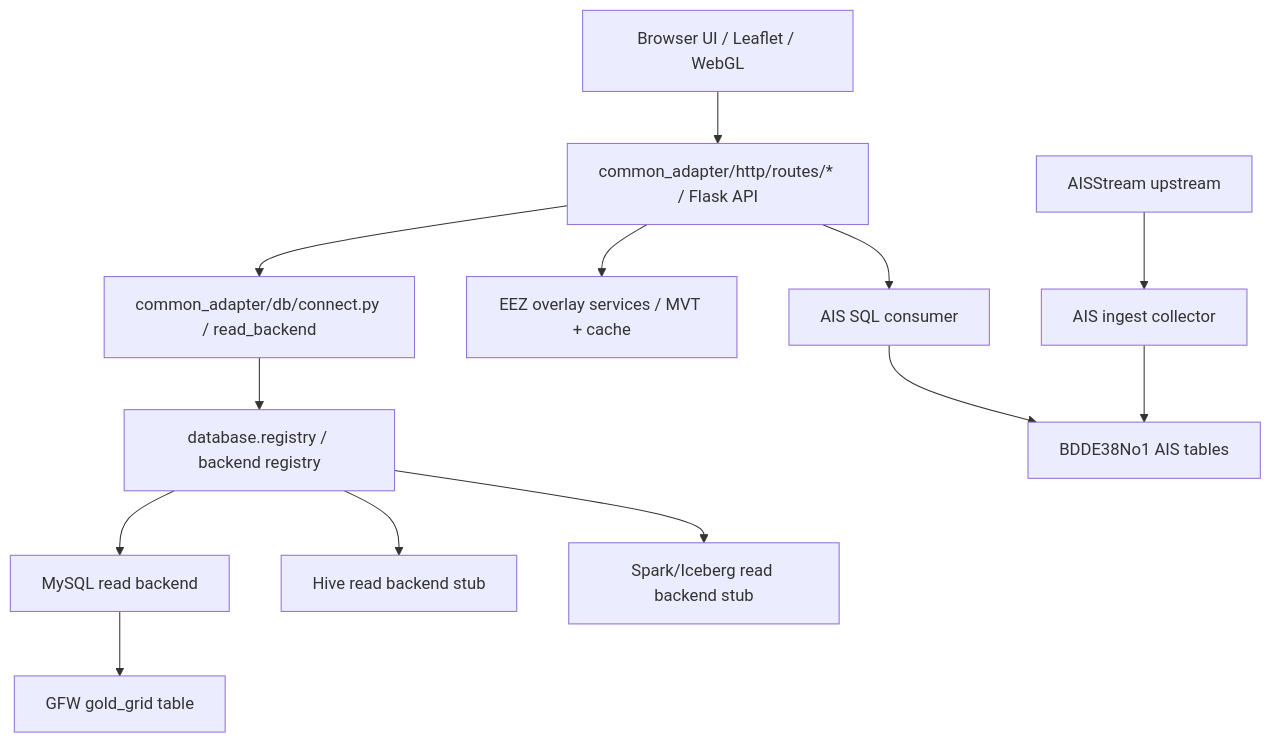
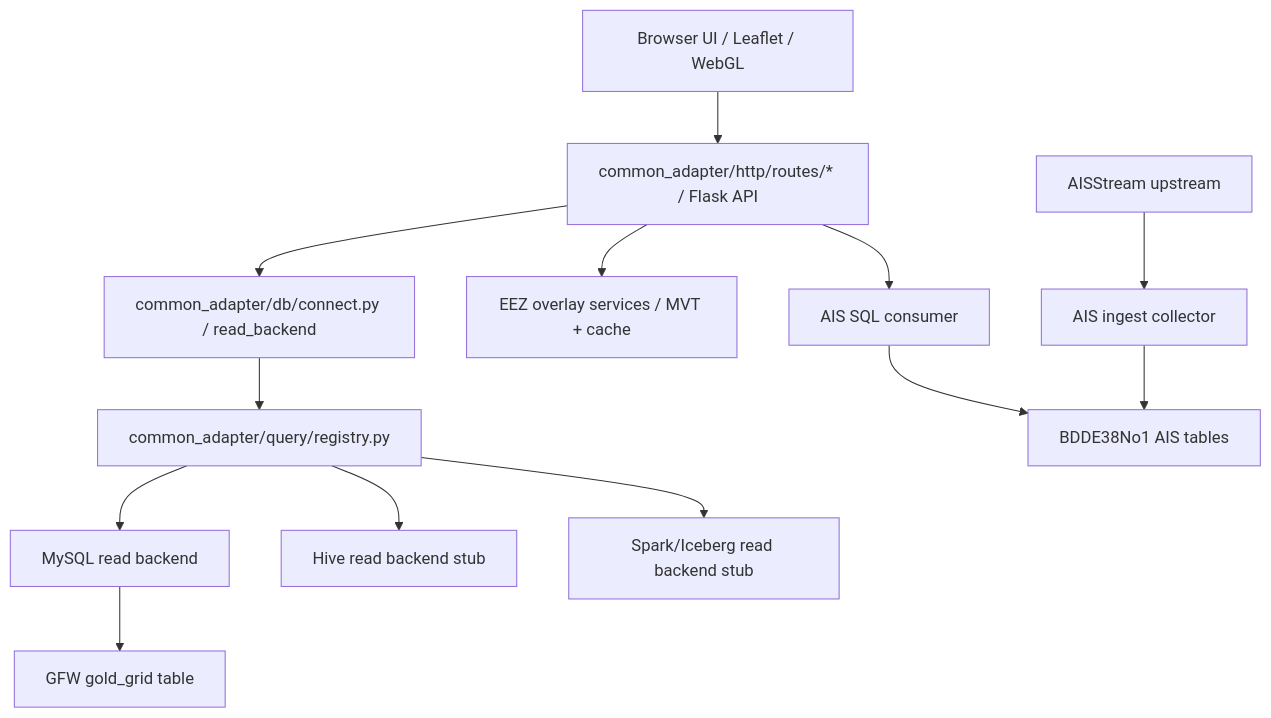
The first of 5 diagrams in README.md (Kagamihara-Ruruka/gfw-flask-mysql-adapter), drawn with Mermaid before and after one commit. The commit also changed other lines of this file and 187 other files, not shown here.

Commit message:
Checkpoint lifecycle and runtime architecture

````diff
--- a/README.md
+++ b/README.md
@@ -57,29 +65,29 @@
 ```mermaid
 flowchart TD
   UI["Browser UI / Leaflet / WebGL"]
   API["common_adapter/http/routes/* / Flask API"]
   READ["common_adapter/db/connect.py / read_backend"]
-  REG["database.registry / backend registry"]
+  REG["common_adapter/query/registry.py"]
   MYSQL["MySQL read backend"]
   HIVE["Hive read backend stub"]
   SPARK["Spark/Iceberg read backend stub"]
   EEZ["EEZ overlay services / MVT + cache"]
   AISREAD["AIS SQL consumer"]
   AISCOLLECT["AIS ingest collector"]
   AISUP["AISStream upstream"]
   SQLAIS["BDDE38No1 AIS tables"]
   GFW["GFW gold_grid table"]
 
   UI --> API
   API --> READ
   READ --> REG
   REG --> MYSQL
   REG --> HIVE
   REG --> SPARK
   MYSQL --> GFW
   API --> EEZ
   API --> AISREAD
   AISREAD --> SQLAIS
   AISUP --> AISCOLLECT
   AISCOLLECT --> SQLAIS
 ```
````
